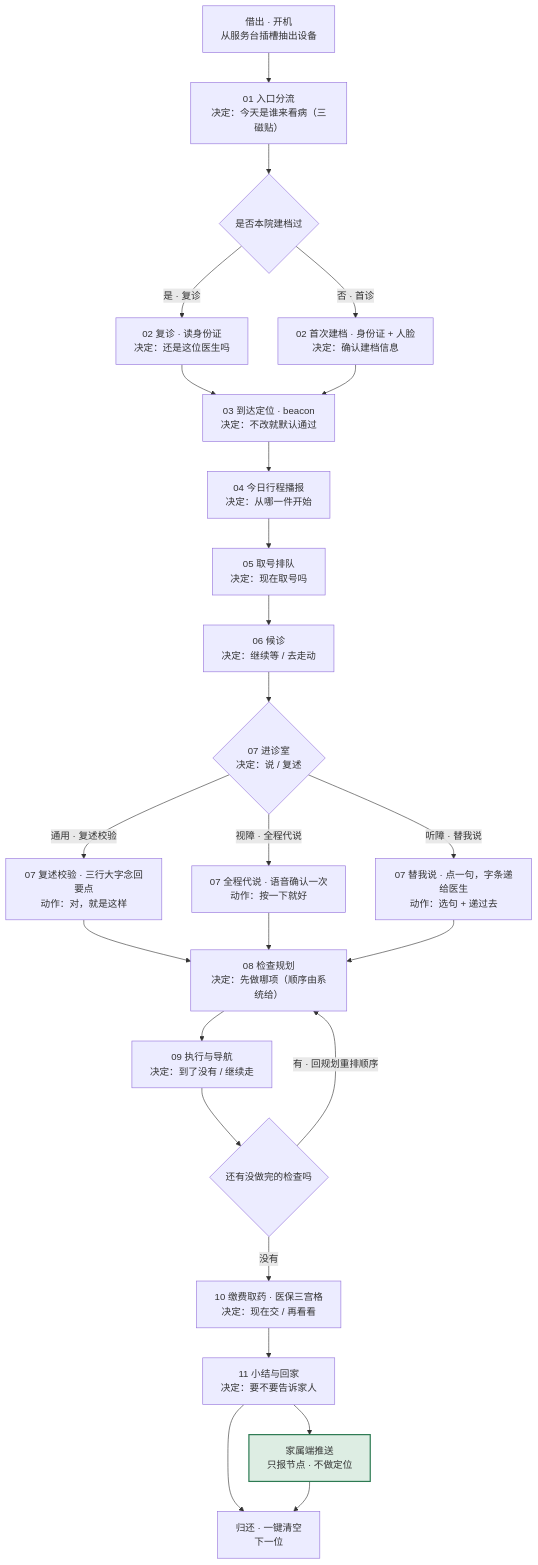
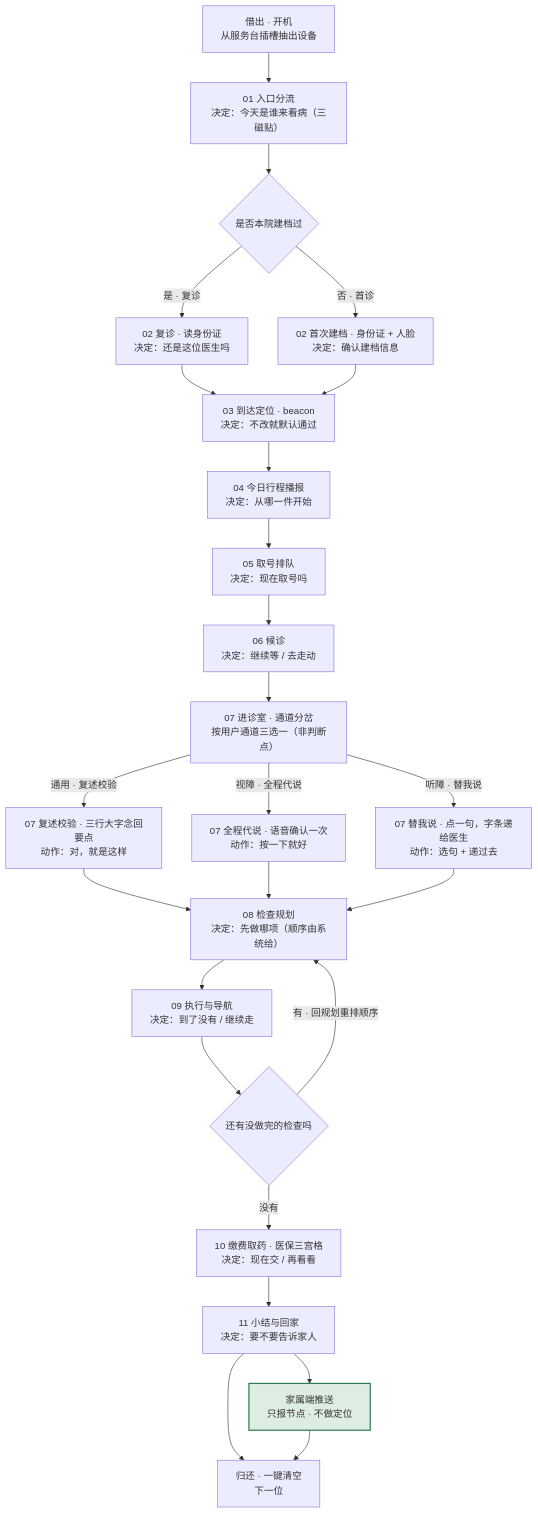
Before and after one commit to xiangyuli494-cmyk/medpal-hc2026: the diagram in 04-deliverables/02-流程图/src/主流程.mmd, drawn with Mermaid. The commit also changed 4 other files, not shown here.

Commit message:
docs(T3): 按 T4 review 修六处 + 异常图按出口分组重排 + 修正渲染表述

```diff
--- a/04-deliverables/02-流程图/src/主流程.mmd
+++ b/04-deliverables/02-流程图/src/主流程.mmd
@@ -1,38 +1,41 @@
 %% 小暖 · 主流程图（v1，2026-11-05 / T3）
 %% 起点：T1 的 v0 骨架（同目录），T3 接管后补三处：
 %%   ① 每个节点补第二行「决定：……」，对应 02-信息架构.md 33 格表的第 2 列；
 %%   ② 07 进诊室展开成三通道分岔（通用复述校验 / 视障全程代说 / 听障替我说）；
 %%   ③ 加 classDef：绿=家属端推送；红色只留给「求助」，归还用默认墨色（T1 review 1106）。
 %% 口径来源：02-design/03-交互流程.md 第 1 节（主流程）+ 02-design/02-信息架构.md 第 2 节（33 格表）
 %% 验收：蒙住文字只看箭头能走完；每个判断点都有两条以上出路；无悬空箭头。
 %% v1.1（2026-11-06，按 T1 review 改）：K1/K2/K3 补 07 编号；做完一项检查回 08 重排
 %%   顺序（原来绕开规划，等于规划永不更新）；归还去红色。
+%% v1.2（2026-11-08，按 T4 review 改）：J 从菱形改「通道分岔」普通节点——07 不是
+%%   用户判断，是按通道三选一分流（T1 规范 6.1）；真判断点只剩 C（建档）与 N（检查），
+%%   均为是/否两出口，与 06 验收「菱形必须二选一」一致。
 
 flowchart TD
   A["借出 · 开机<br/>从服务台插槽抽出设备"] --> B["01 入口分流<br/>决定：今天是谁来看病（三磁贴）"]
   B --> C{"是否本院建档过"}
   C -- "是 · 复诊" --> D["02 复诊 · 读身份证<br/>决定：还是这位医生吗"]
   C -- "否 · 首诊" --> E["02 首次建档 · 身份证 + 人脸<br/>决定：确认建档信息"]
   D --> F["03 到达定位 · beacon<br/>决定：不改就默认通过"]
   E --> F
   F --> G["04 今日行程播报<br/>决定：从哪一件开始"]
   G --> H["05 取号排队<br/>决定：现在取号吗"]
   H --> I["06 候诊<br/>决定：继续等 / 去走动"]
-  I --> J{"07 进诊室<br/>决定：说 / 复述"}
+  I --> J["07 进诊室 · 通道分岔<br/>按用户通道三选一（非判断点）"]
   J -- "通用 · 复述校验" --> K1["07 复述校验 · 三行大字念回要点<br/>动作：对，就是这样"]
   J -- "视障 · 全程代说" --> K2["07 全程代说 · 语音确认一次<br/>动作：按一下就好"]
   J -- "听障 · 替我说" --> K3["07 替我说 · 点一句，字条递给医生<br/>动作：选句 + 递过去"]
   K1 --> L["08 检查规划<br/>决定：先做哪项（顺序由系统给）"]
   K2 --> L
   K3 --> L
   L --> M["09 执行与导航<br/>决定：到了没有 / 继续走"]
   M --> N{"还有没做完的检查吗"}
   N -- "有 · 回规划重排顺序" --> L
   N -- "没有" --> O["10 缴费取药 · 医保三宫格<br/>决定：现在交 / 再看看"]
   O --> P["11 小结与回家<br/>决定：要不要告诉家人"]
   P --> Q["家属端推送<br/>只报节点 · 不做定位"]
   P --> R["归还 · 一键清空<br/>下一位"]
   Q --> R
 
   classDef done fill:#DDEDE3,stroke:#2C7A52,stroke-width:2px
   class Q done
```
